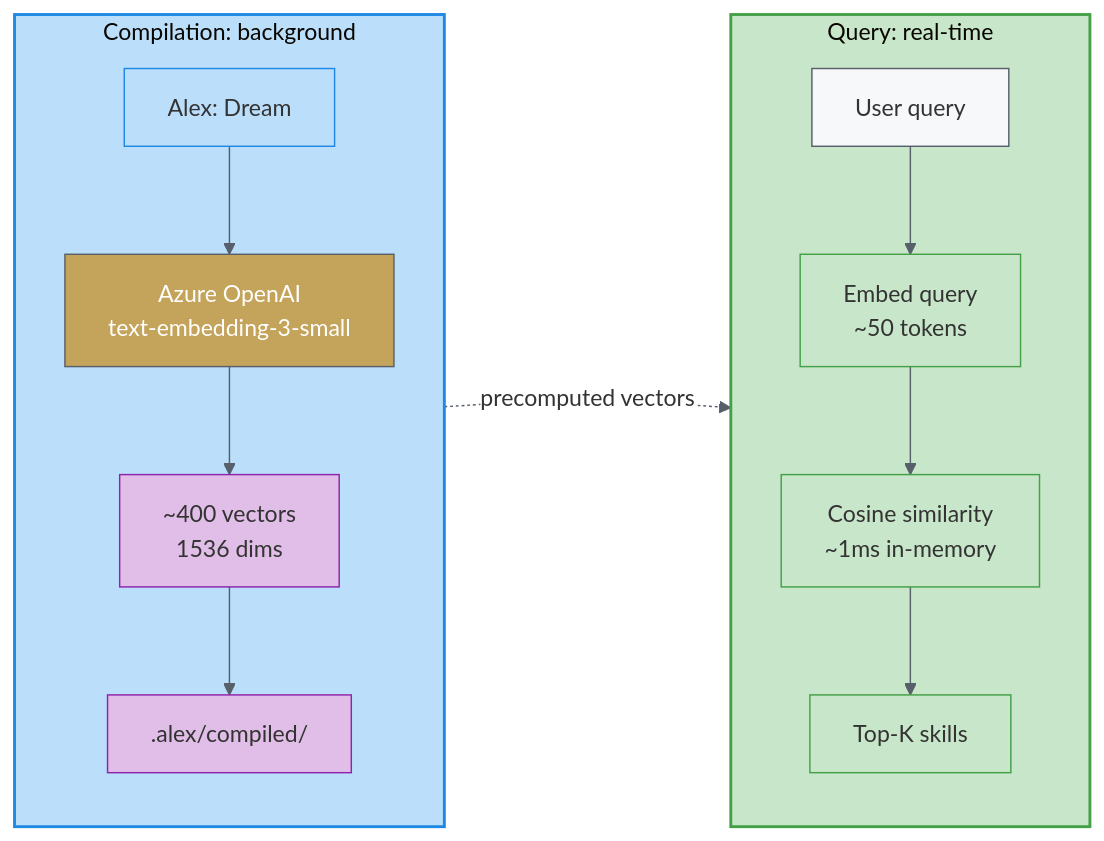
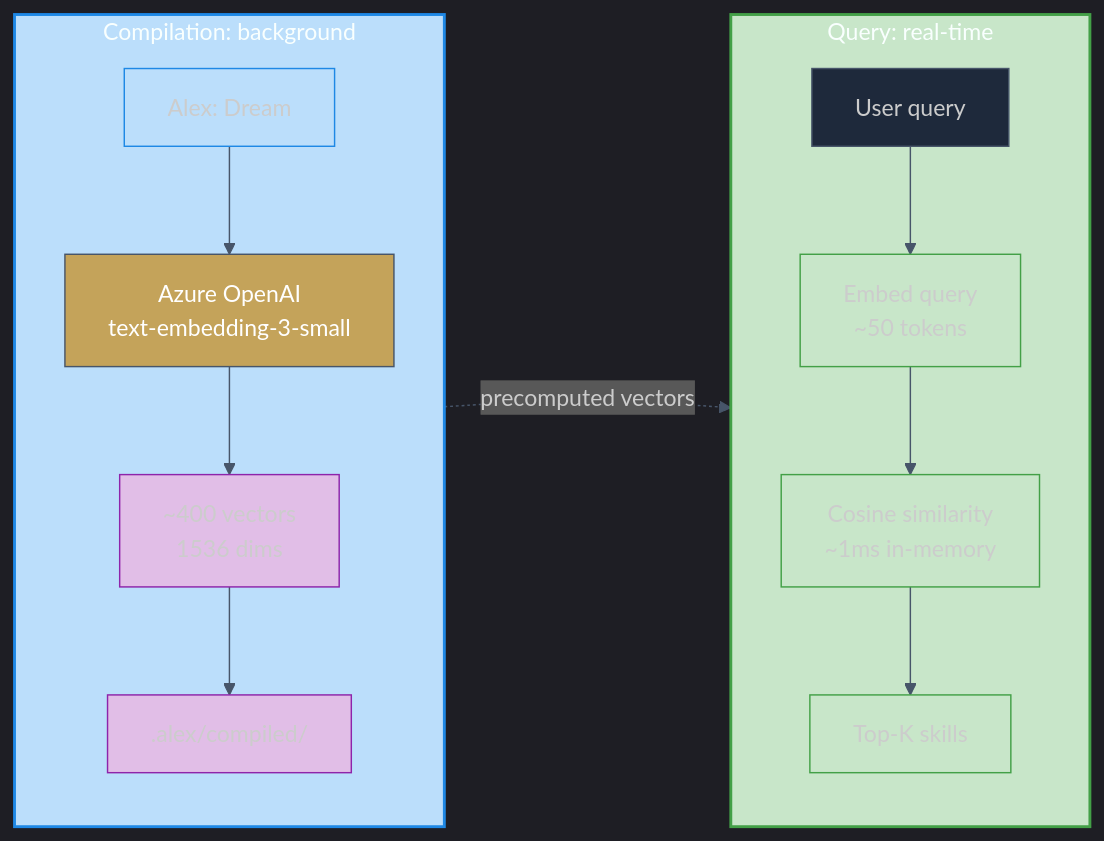
Before and after one commit to fabioc-aloha/Alex_Plug_In: diagram 11 of 11 in alex_docs/architecture/SEMANTIC-SKILL-GRAPH.md, drawn with Mermaid. The commit also changed other lines of this file and 13 other files, not shown here.

Commit message:
brand(M4.8-4.10): mermaid theme snippet + inject CorreaX theme into arch diagrams + standardize badge colors

````diff
--- a/alex_docs/architecture/SEMANTIC-SKILL-GRAPH.md
+++ b/alex_docs/architecture/SEMANTIC-SKILL-GRAPH.md
@@ -640,32 +641,32 @@
 ```mermaid
-%%{init: {'theme': 'base', 'themeVariables': { 'edgeLabelBackground':'#ffffff', 'lineColor': '#57606a' }}}%%
+%%{init: {'theme': 'dark', 'themeVariables': {'background': '#0f172a', 'primaryColor': '#1e293b', 'primaryTextColor': '#f1f5f9', 'primaryBorderColor': '#818cf8', 'lineColor': '#475569', 'secondaryColor': '#1e293b', 'secondaryBorderColor': '#2dd4bf', 'tertiaryColor': '#1e293b', 'fontFamily': 'Segoe UI, system-ui, sans-serif'}}}%%
 flowchart LR
     subgraph BG["Compilation: background"]
         direction TB
         DREAM["Alex: Dream"] --> API["Azure OpenAI<br/>text-embedding-3-small"]
         API --> VEC["~400 vectors<br/>1536 dims"]
         VEC --> STORE[".alex/compiled/"]
     end
 
     subgraph RT["Query: real-time"]
         direction TB
         Q["User query"] --> QEMB["Embed query<br/>~50 tokens"]
         QEMB --> COS["Cosine similarity<br/>~1ms in-memory"]
         COS --> TOPK["Top-K skills"]
     end
 
     BG ~~~ RT
     STORE -.->|"precomputed vectors"| COS
 
     style BG fill:#bbdefb,stroke:#1e88e5,stroke-width:2px
     style RT fill:#c8e6c9,stroke:#43a047,stroke-width:2px
 
     style DREAM fill:#bbdefb,stroke:#1e88e5
-    style API fill:#c4a35a,stroke:#57606a,color:#fff
+    style API fill:#c4a35a,stroke:#475569,color:#fff
     style VEC fill:#e1bee7,stroke:#8e24aa
     style STORE fill:#e1bee7,stroke:#8e24aa
-    style Q fill:#f6f8fa,stroke:#57606a
+    style Q fill:#1e293b,stroke:#475569
     style QEMB fill:#c8e6c9,stroke:#43a047
     style COS fill:#c8e6c9,stroke:#43a047
     style TOPK fill:#c8e6c9,stroke:#43a047
 ```
````
